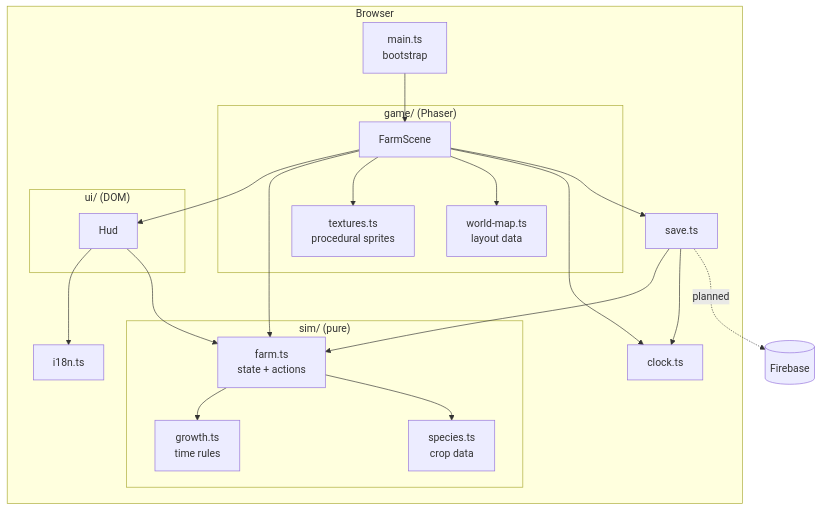
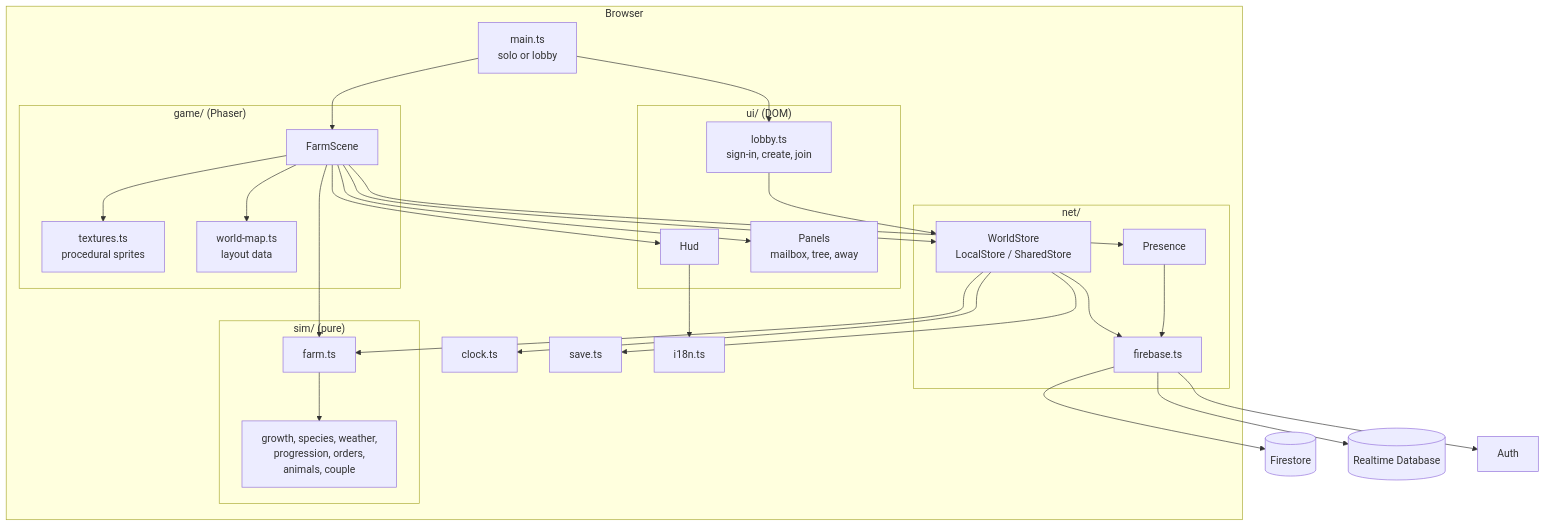
One commit to pdz1804/vuon-chung changed the first of 3 diagrams in docs/architecture.md. Above: the diagram before and after it, drawn with Mermaid. The commit also changed other lines of this file and 7 other files, not shown here.

First line of the commit message:
docs: refresh readme and architecture, add game design and screenshots

````diff
--- a/docs/architecture.md
+++ b/docs/architecture.md
@@ -7,35 +8,47 @@
 ```mermaid
 flowchart TB
   subgraph Browser
-    main[main.ts<br/>bootstrap] --> scene
+    main[main.ts<br/>solo or lobby] --> scene
     subgraph game ["game/ (Phaser)"]
       scene[FarmScene]
       tex[textures.ts<br/>procedural sprites]
       map[world-map.ts<br/>layout data]
     end
     subgraph ui ["ui/ (DOM)"]
       hud[Hud]
+      panels[Panels<br/>mailbox, tree, away]
+      lobby[lobby.ts<br/>sign-in, create, join]
+    end
+    subgraph net ["net/"]
+      store[WorldStore<br/>LocalStore / SharedStore]
+      pres[Presence]
+      fb[firebase.ts]
     end
     subgraph sim ["sim/ (pure)"]
-      farm[farm.ts<br/>state + actions]
-      growth[growth.ts<br/>time rules]
-      species[species.ts<br/>crop data]
+      farm[farm.ts]
+      rest[growth, species, weather,<br/>progression, orders,<br/>animals, couple]
     end
     clock[clock.ts]
     save[save.ts]
     i18n[i18n.ts]
+    main --> lobby
+    lobby --> store
     scene --> hud
+    scene --> panels
+    scene --> store
+    scene --> pres
     scene --> farm
     scene --> tex
     scene --> map
-    scene --> clock
-    scene --> save
+    store --> farm
+    store --> save
+    store --> clock
+    farm --> rest
     hud --> i18n
-    hud --> farm
-    farm --> growth
-    farm --> species
-    save --> farm
-    save --> clock
+    store --> fb
+    pres --> fb
   end
-  save -.->|planned| FB[(Firebase)]
+  fb --> FS[(Firestore)]
+  fb --> RT[(Realtime Database)]
+  fb --> AU[Auth]
 ```
````
